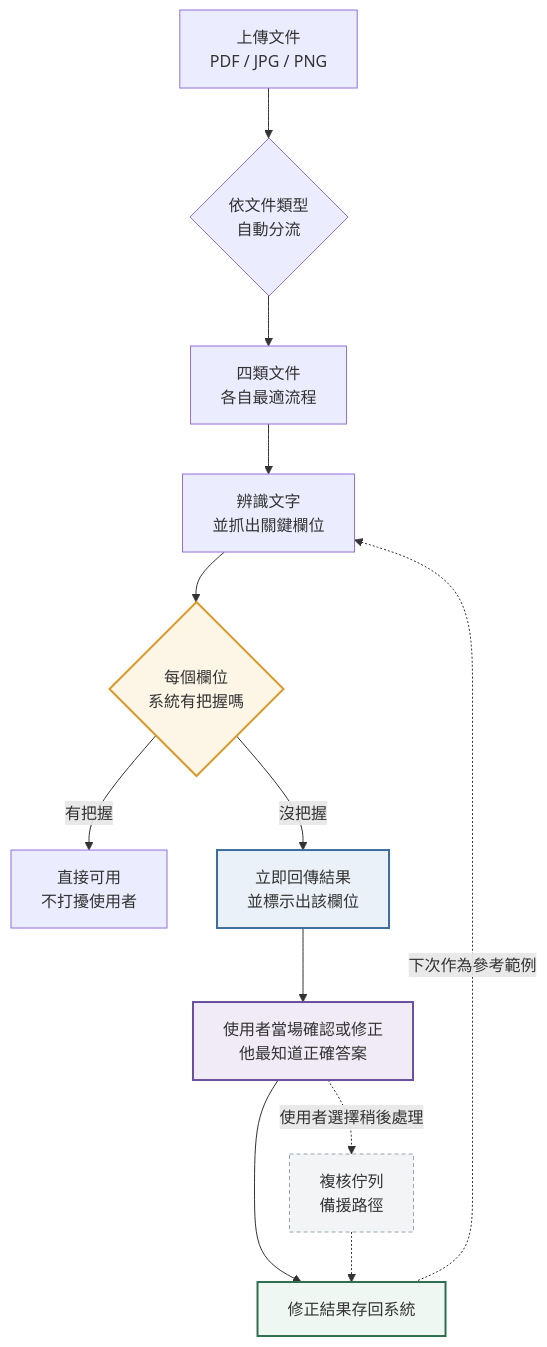
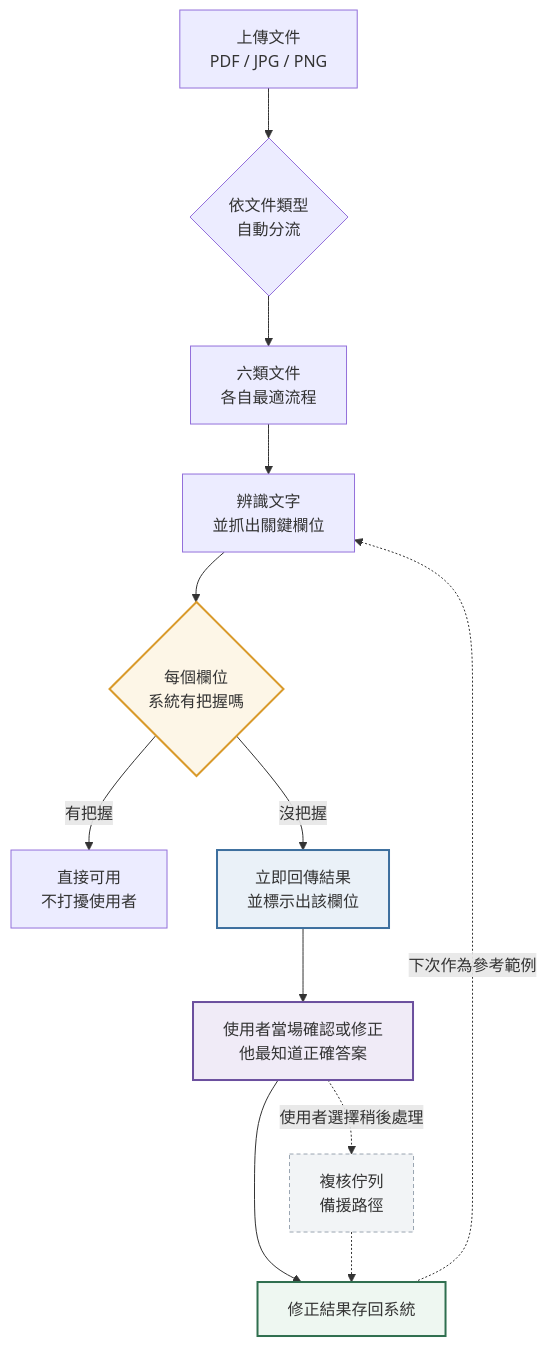
The first of 3 diagrams in docs/OCR_FLOW_FOR_MARKETING.md (welch79328/DocuMind), drawn with Mermaid before and after one commit. The commit also changed other lines of this file and 21 other files, not shown here.

````diff
--- a/docs/OCR_FLOW_FOR_MARKETING.md
+++ b/docs/OCR_FLOW_FOR_MARKETING.md
@@ -41,19 +44,19 @@
 ```mermaid
 flowchart TD
     A["上傳文件<br/>PDF / JPG / PNG"] --> B{"依文件類型<br/>自動分流"}
-    B --> C["四類文件<br/>各自最適流程"]
+    B --> C["六類文件<br/>各自最適流程"]
     C --> D["辨識文字<br/>並抓出關鍵欄位"]
     D --> E{"每個欄位<br/>系統有把握嗎"}
     E -->|"有把握"| F["直接可用<br/>不打擾使用者"]
     E -->|"沒把握"| G["立即回傳結果<br/>並標示出該欄位"]
     G --> H["使用者當場確認或修正<br/>他最知道正確答案"]
     H --> I["修正結果存回系統"]
     I -.->|"下次作為參考範例"| D
     H -.->|"使用者選擇稍後處理"| Q["複核佇列<br/>備援路徑"]
     Q -.-> I
     style E fill:#fdf6e7,stroke:#d99a2b,stroke-width:2px
     style G fill:#eaf1f8,stroke:#3d6f9e,stroke-width:2px
     style H fill:#f0ebf7,stroke:#6b4f9e,stroke-width:2px
     style I fill:#eef7f1,stroke:#2f6f4f,stroke-width:2px
     style Q fill:#f2f4f6,stroke:#9aa5b1,stroke-dasharray: 4 3
 ```
````
